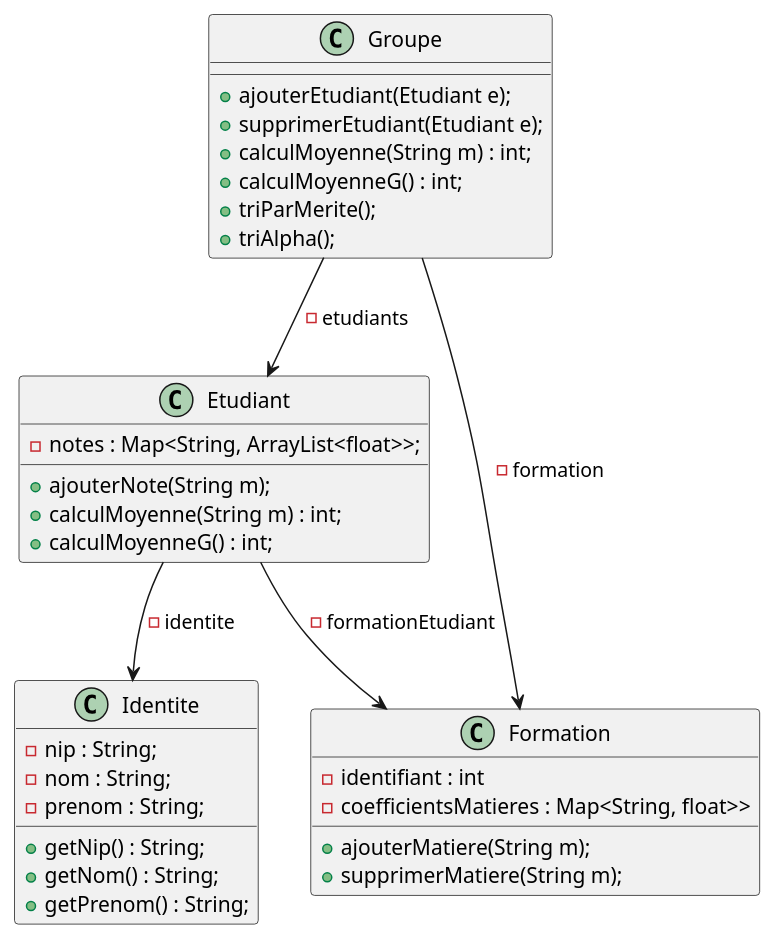
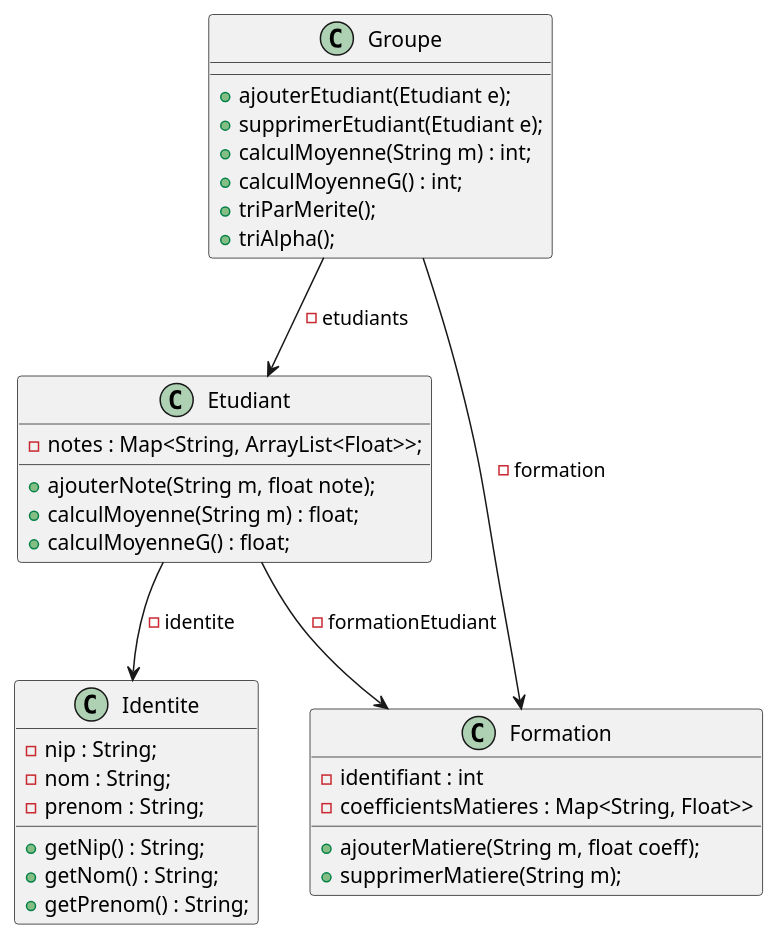
The diagram in diagramme_classe.puml (Arthur-Cappellina/TD2_CPOA_CAPPELLINA_MARZOUK), drawn with PlantUML before and after one commit. The commit also changed 1 other file, not shown here.

Commit message:
Ajout 2 diagrammes

```diff
--- a/diagramme_classe.puml
+++ b/diagramme_classe.puml
@@ -1,52 +1,51 @@
 @startuml
 
 '''classes
 
 class Identite{
 
     - nip : String;
     - nom : String;
     - prenom : String;
-
     + getNip() : String;
     + getNom() : String;
     + getPrenom() : String;
 
 }
 
 class Etudiant{
-    - notes : Map<String, ArrayList<float>>;
+    - notes : Map<String, ArrayList<Float>>;
 
-    + ajouterNote(String m);
-    + calculMoyenne(String m) : int;
-    + calculMoyenneG() : int;
+    + ajouterNote(String m, float note);
+    + calculMoyenne(String m) : float;
+    + calculMoyenneG() : float;
 
 
 }
 
 class Formation{
     - identifiant : int
-    - coefficientsMatieres : Map<String, float>>
+    - coefficientsMatieres : Map<String, Float>>
 
-    + ajouterMatiere(String m);
+    + ajouterMatiere(String m, float coeff);
     + supprimerMatiere(String m);
 
 }
 
 class Groupe{
 
     + ajouterEtudiant(Etudiant e);
     + supprimerEtudiant(Etudiant e);
     + calculMoyenne(String m) : int;
     + calculMoyenneG() : int;
     + triParMerite();
     + triAlpha();
 
 }
 
 
 Groupe --> Etudiant : - etudiants
 Etudiant --> Identite : - identite
 Etudiant --> Formation : - formationEtudiant
 Groupe --> Formation : - formation
 @enduml
```
